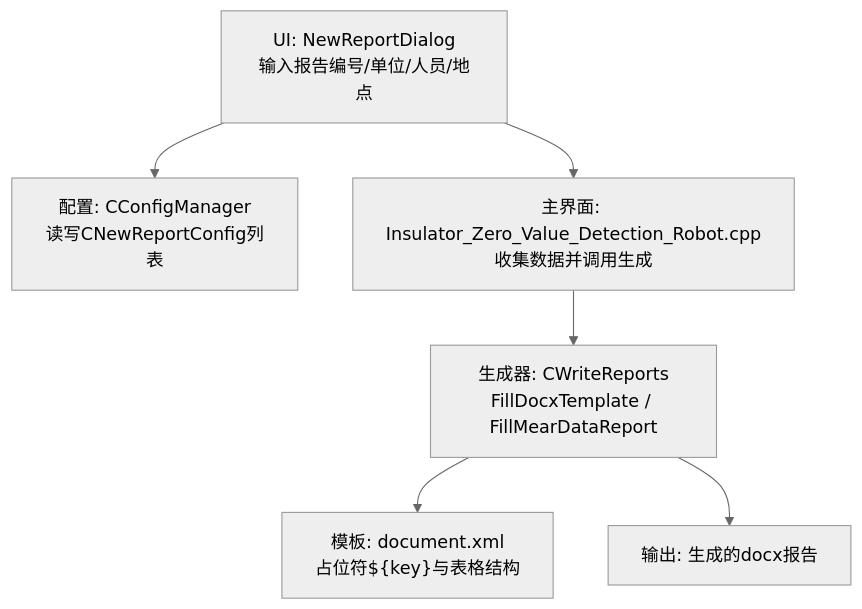
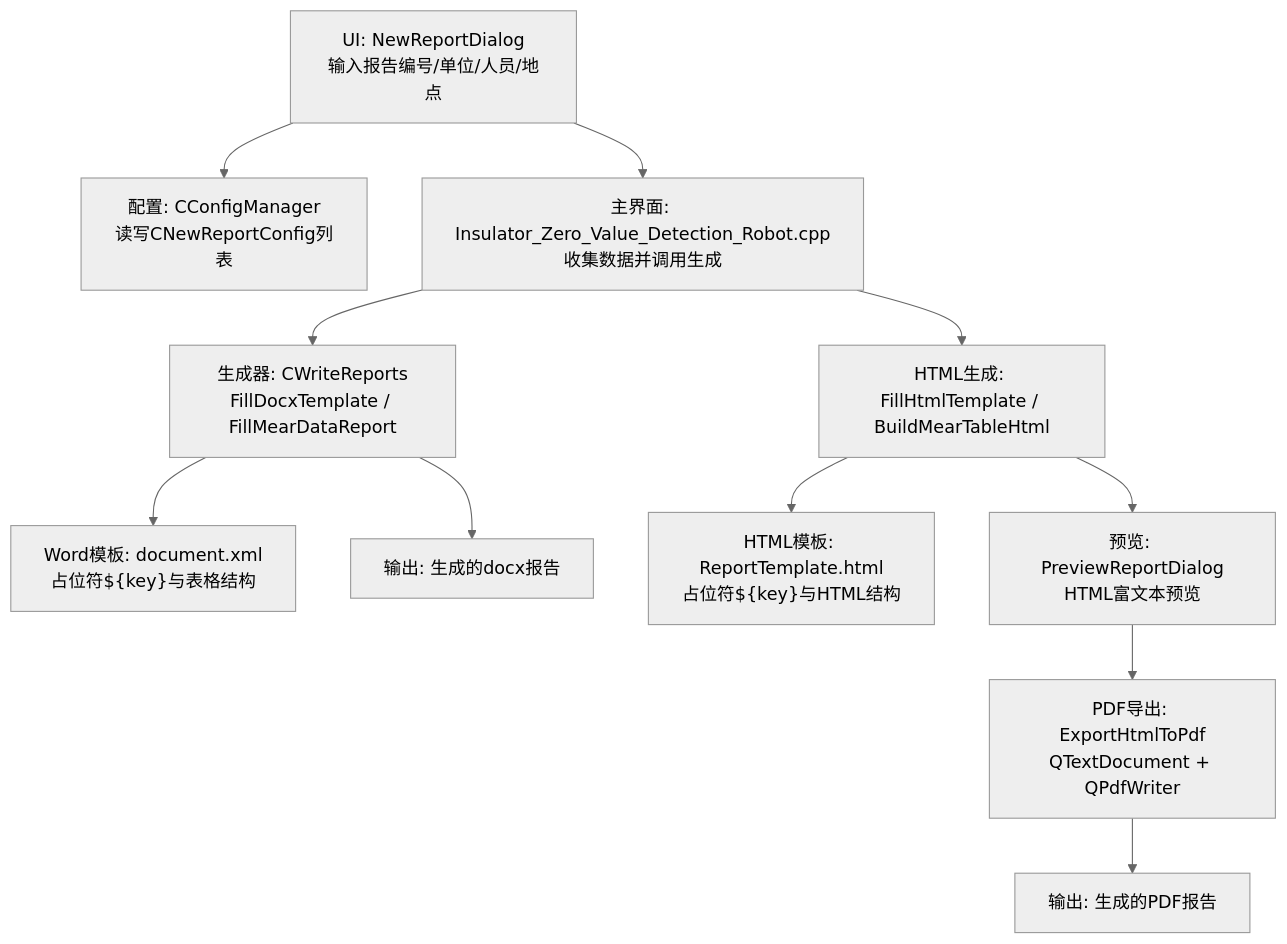
The first of 4 diagrams in .qoder/repowiki/zh/content/用户手册/报告生成与管理/报告模板管理.md (yangreest/Zero-value-Insulator-Robot-V2), drawn with Mermaid (neutral theme) before and after one commit. The commit also changed other lines of this file and 22 other files, not shown here.

````diff
--- a/.qoder/repowiki/zh/content/用户手册/报告生成与管理/报告模板管理.md
+++ b/.qoder/repowiki/zh/content/用户手册/报告生成与管理/报告模板管理.md
@@ -35,8 +46,13 @@
 ```mermaid
 graph TB
 UI["UI: NewReportDialog<br/>输入报告编号/单位/人员/地点"] --> CFG["配置: CConfigManager<br/>读写CNewReportConfig列表"]
 UI --> APP["主界面: Insulator_Zero_Value_Detection_Robot.cpp<br/>收集数据并调用生成"]
 APP --> GEN["生成器: CWriteReports<br/>FillDocxTemplate / FillMearDataReport"]
-GEN --> TPL["模板: document.xml<br/>占位符${key}与表格结构"]
+APP --> HTMLGEN["HTML生成: FillHtmlTemplate / BuildMearTableHtml"]
+GEN --> TPL["Word模板: document.xml<br/>占位符${key}与表格结构"]
+HTMLGEN --> HTPL["HTML模板: ReportTemplate.html<br/>占位符${key}与HTML结构"]
+HTMLGEN --> PREVIEW["预览: PreviewReportDialog<br/>HTML富文本预览"]
+PREVIEW --> PDF["PDF导出: ExportHtmlToPdf<br/>QTextDocument + QPdfWriter"]
 GEN --> OUT["输出: 生成的docx报告"]
+PDF --> PDFFILE["输出: 生成的PDF报告"]
 ```
````
